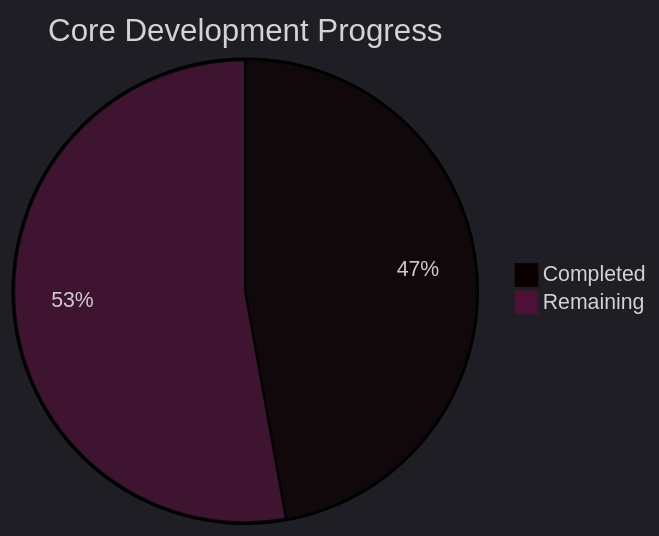
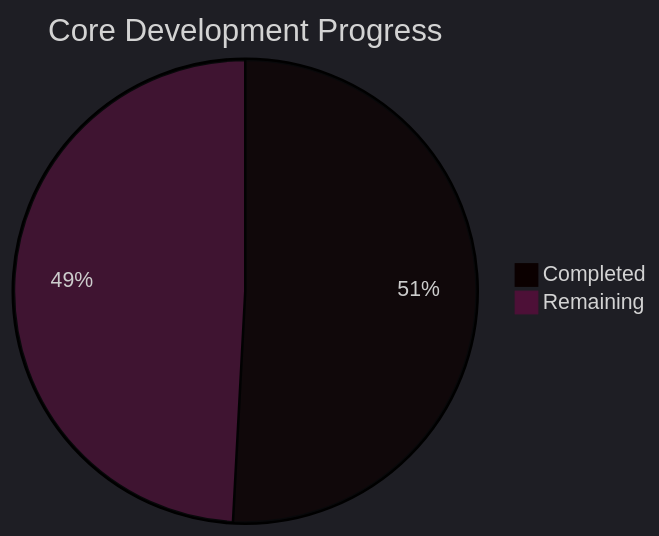
Before and after one commit to Neogleamz/SK8Lytz: the first of 6 diagrams in tools/SK8Lytz_Bucket_List.md, drawn with Mermaid. The commit also changed other lines of this file and 2 other files, not shown here.

````diff
--- a/tools/SK8Lytz_Bucket_List.md
+++ b/tools/SK8Lytz_Bucket_List.md
@@ -9,6 +9,6 @@
 ```mermaid
 %%{init: {'theme': 'dark'}}%%
 pie title Core Development Progress
-  "Completed" : 25
-  "Remaining" : 28
+  "Completed" : 30
+  "Remaining" : 29
 ```
````
